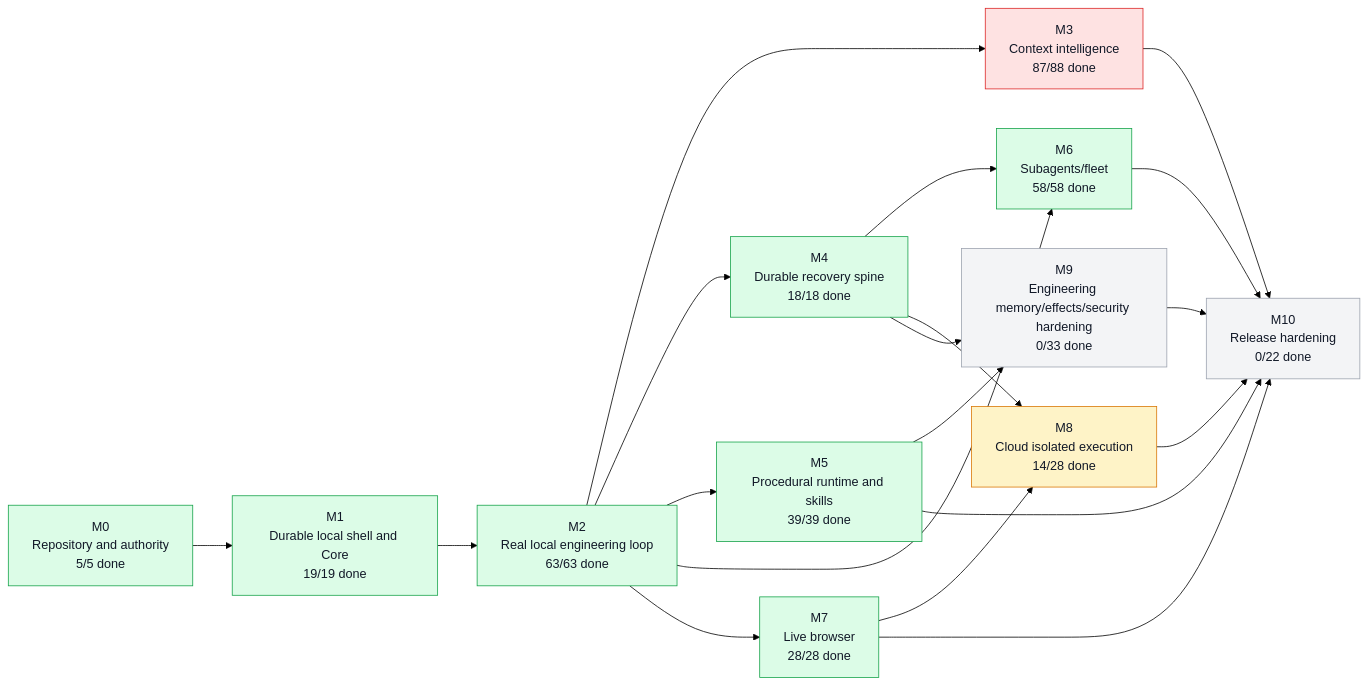
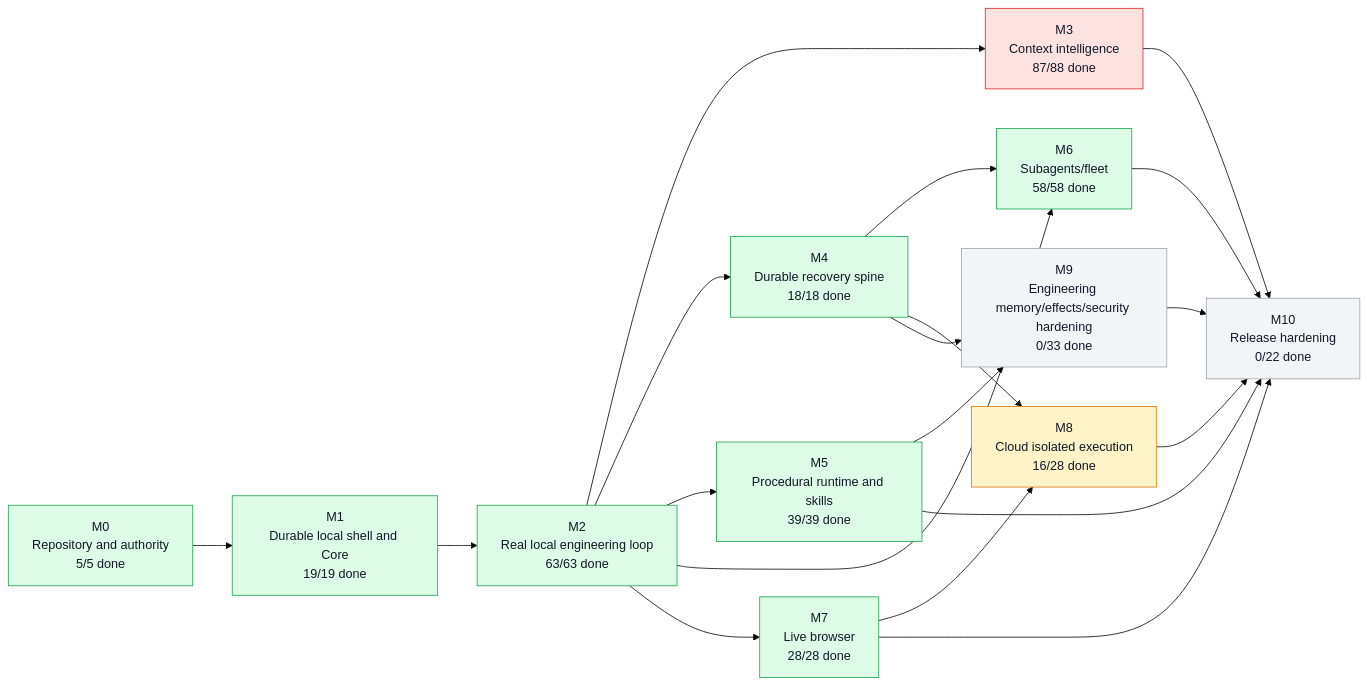
One commit to moss101/modbit changed the first of 5 diagrams in graph/PROJECT_GRAPH.md. Above: the diagram before and after it, drawn with Mermaid (forest theme). The commit also changed other lines of this file and 10 other files, not shown here.

````diff
--- a/graph/PROJECT_GRAPH.md
+++ b/graph/PROJECT_GRAPH.md
@@ -57,43 +57,43 @@
 ```mermaid
 flowchart LR
   M0["M0<br/>Repository and authority<br/>5/5 done"]
   M1["M1<br/>Durable local shell and Core<br/>19/19 done"]
   M2["M2<br/>Real local engineering loop<br/>63/63 done"]
   M3["M3<br/>Context intelligence<br/>87/88 done"]
   M4["M4<br/>Durable recovery spine<br/>18/18 done"]
   M5["M5<br/>Procedural runtime and skills<br/>39/39 done"]
   M6["M6<br/>Subagents/fleet<br/>58/58 done"]
   M7["M7<br/>Live browser<br/>28/28 done"]
-  M8["M8<br/>Cloud isolated execution<br/>14/28 done"]
+  M8["M8<br/>Cloud isolated execution<br/>16/28 done"]
   M9["M9<br/>Engineering memory/effects/security hardening<br/>0/33 done"]
   M10["M10<br/>Release hardening<br/>0/22 done"]
   M0 --> M1
   M1 --> M2
   M2 --> M3
   M2 --> M4
   M2 --> M5
   M2 --> M6
   M4 --> M6
   M2 --> M7
   M4 --> M8
   M7 --> M8
   M4 --> M9
   M5 --> M9
   M3 --> M10
   M5 --> M10
   M6 --> M10
   M7 --> M10
   M8 --> M10
   M9 --> M10
   style M0 fill:#dcfce7,stroke:#16a34a,color:#111827
   style M1 fill:#dcfce7,stroke:#16a34a,color:#111827
   style M2 fill:#dcfce7,stroke:#16a34a,color:#111827
   style M3 fill:#fee2e2,stroke:#dc2626,color:#111827
   style M4 fill:#dcfce7,stroke:#16a34a,color:#111827
   style M5 fill:#dcfce7,stroke:#16a34a,color:#111827
   style M6 fill:#dcfce7,stroke:#16a34a,color:#111827
   style M7 fill:#dcfce7,stroke:#16a34a,color:#111827
   style M8 fill:#fef3c7,stroke:#d97706,color:#111827
   style M9 fill:#f3f4f6,stroke:#9ca3af,color:#111827
   style M10 fill:#f3f4f6,stroke:#9ca3af,color:#111827
 ```
````
